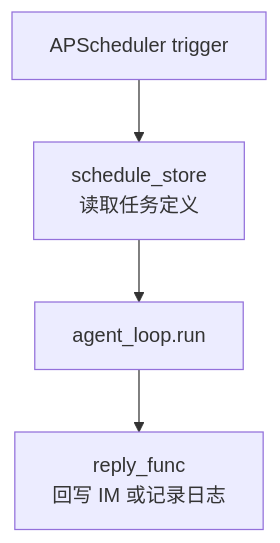
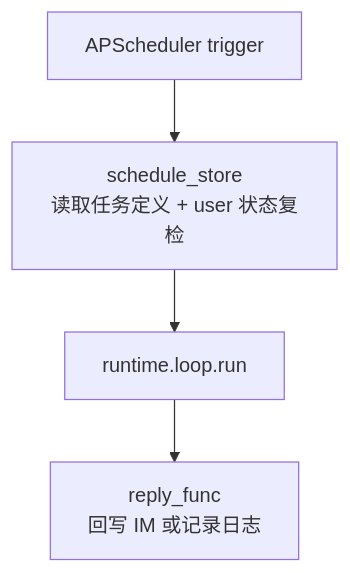
One commit to Summy2104/fleetent changed the fourth of 4 diagrams in docs/architecture.md. Above: the diagram before and after it, drawn with Mermaid. The commit also changed other lines of this file and 3 other files, not shown here.

First line of the commit message:
docs: remove source-module-organization-roadmap + retarget spec; dedup architecture.md

````diff
--- a/docs/architecture.md
+++ b/docs/architecture.md
@@ -170,6 +75,6 @@
 ```mermaid
 flowchart TD
-    A["APScheduler trigger"] --> B["schedule_store\n读取任务定义"]
-    B --> C["agent_loop.run"]
+    A["APScheduler trigger"] --> B["schedule_store\n读取任务定义 + user 状态复检"]
+    B --> C["runtime.loop.run"]
     C --> D["reply_func\n回写 IM 或记录日志"]
 ```
````
